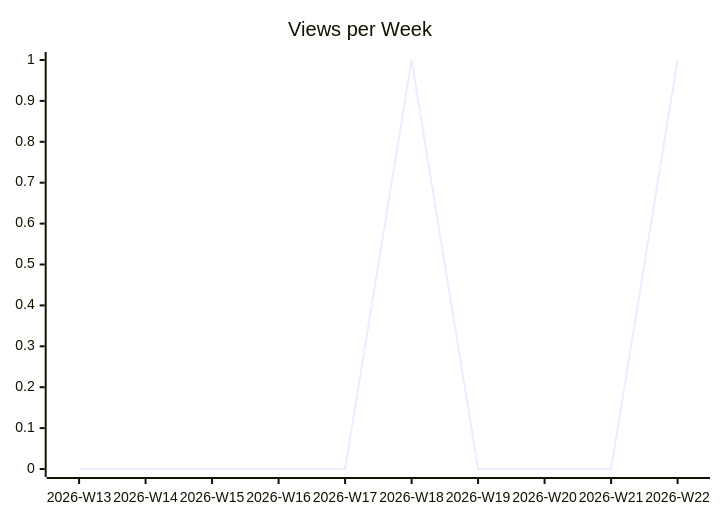
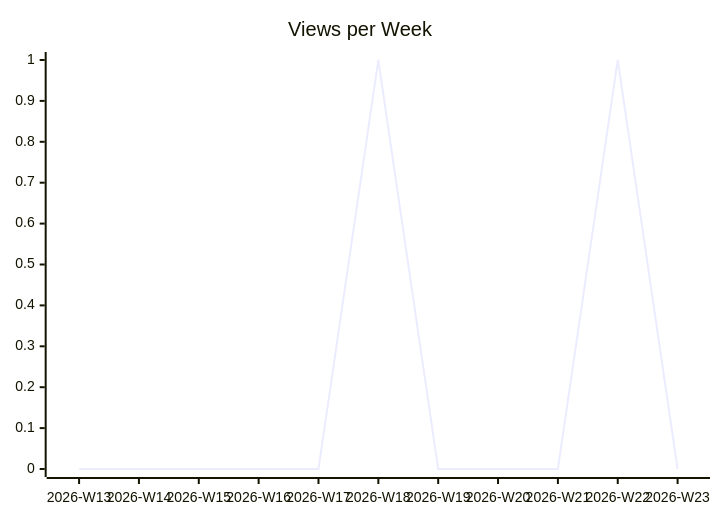
Before and after one commit to justdavis-family/github-analytics-data: the second of 3 diagrams in karlmdavis/justdavis-karl/README.md, drawn with Mermaid. The commit also changed other lines of this file and 186 other files, not shown here.

````diff
--- a/karlmdavis/justdavis-karl/README.md
+++ b/karlmdavis/justdavis-karl/README.md
@@ -12,6 +12,6 @@
 ```mermaid
 xychart-beta
   title "Views per Week"
-  x-axis ["2026-W13", "2026-W14", "2026-W15", "2026-W16", "2026-W17", "2026-W18", "2026-W19", "2026-W20", "2026-W21", "2026-W22"]
-  line [0, 0, 0, 0, 0, 1, 0, 0, 0, 1]
+  x-axis ["2026-W13", "2026-W14", "2026-W15", "2026-W16", "2026-W17", "2026-W18", "2026-W19", "2026-W20", "2026-W21", "2026-W22", "2026-W23"]
+  line [0, 0, 0, 0, 0, 1, 0, 0, 0, 1, 0]
 ```
````
